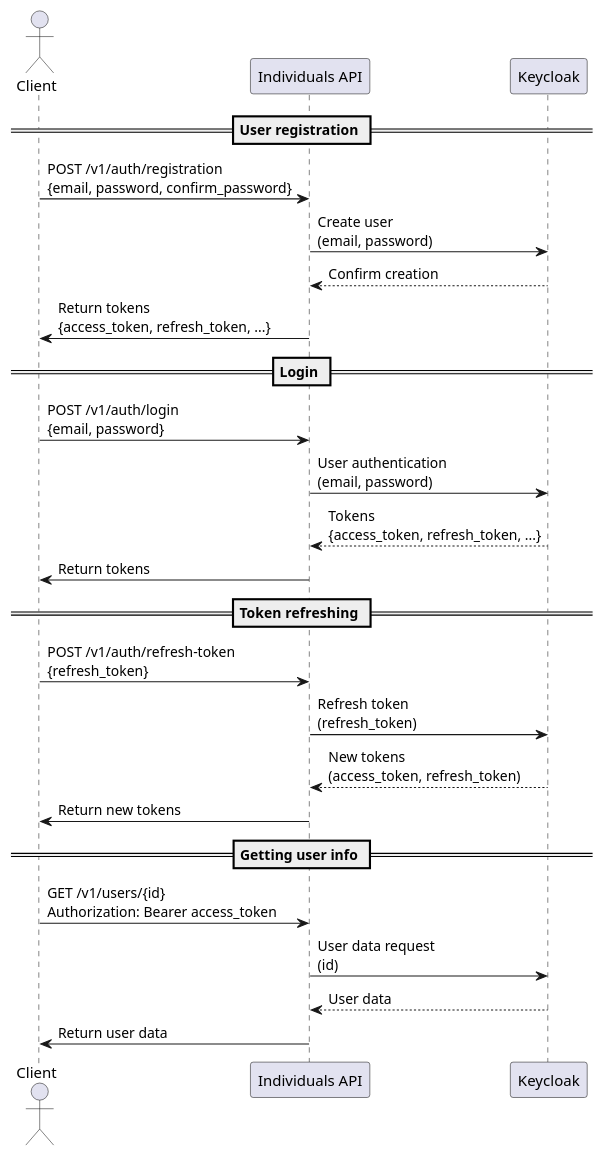
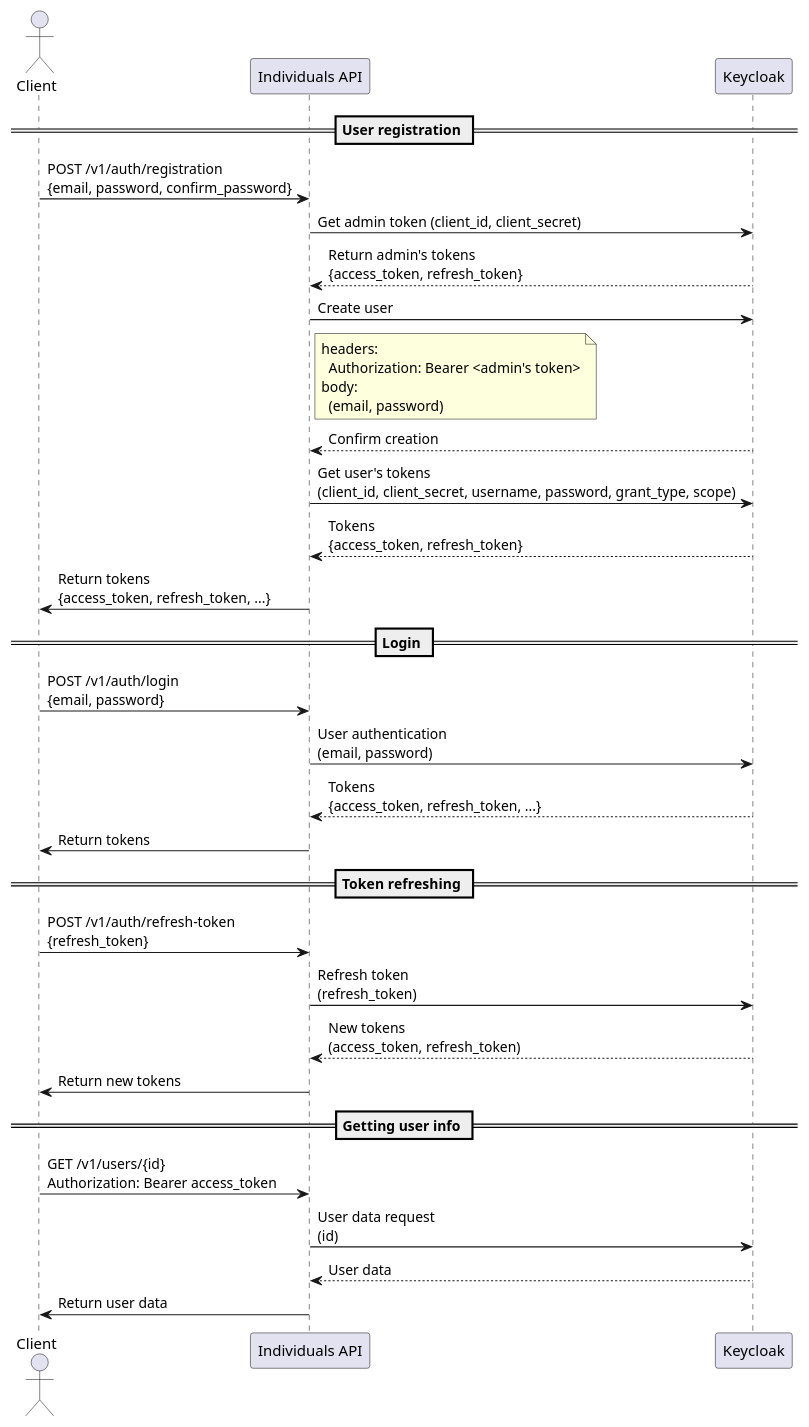
One commit to MelnykVL/fin-tech-app changed the diagram in docs/architecture/individuals-api-seq.puml. Above: the diagram before and after it, drawn with PlantUML.

Commit message:
Fixed individuals-api-seq.puml diagram

```diff
--- a/docs/architecture/individuals-api-seq.puml
+++ b/docs/architecture/individuals-api-seq.puml
@@ -1,29 +1,40 @@
 @startuml
 actor Client
 participant "Individuals API" as API
 participant "Keycloak" as KC
 
 == User registration ==
 Client -> API: POST /v1/auth/registration\n{email, password, confirm_password}
-API -> KC: Create user\n(email, password)
+API -> KC: Get admin token (client_id, client_secret)
+
+KC --> API: Return admin's tokens\n{access_token, refresh_token}
+API -> KC: Create user
+note right of API
+  headers:
+    Authorization: Bearer <admin's token>
+  body:
+    (email, password)
+end note
 KC --> API: Confirm creation
+API -> KC: Get user's tokens\n(client_id, client_secret, username, password, grant_type, scope)
+KC --> API: Tokens\n{access_token, refresh_token}
 API -> Client: Return tokens\n{access_token, refresh_token, ...}
 
 == Login ==
 Client -> API: POST /v1/auth/login\n{email, password}
 API -> KC: User authentication\n(email, password)
 KC --> API: Tokens\n{access_token, refresh_token, ...}
 API -> Client: Return tokens
 
 == Token refreshing ==
 Client -> API: POST /v1/auth/refresh-token\n{refresh_token}
 API -> KC: Refresh token\n(refresh_token)
 KC --> API: New tokens\n(access_token, refresh_token)
 API -> Client: Return new tokens
 
 == Getting user info ==
 Client -> API: GET /v1/users/{id}\nAuthorization: Bearer access_token
 API -> KC: User data request\n(id)
 KC --> API: User data
 API -> Client: Return user data
 @enduml
```
